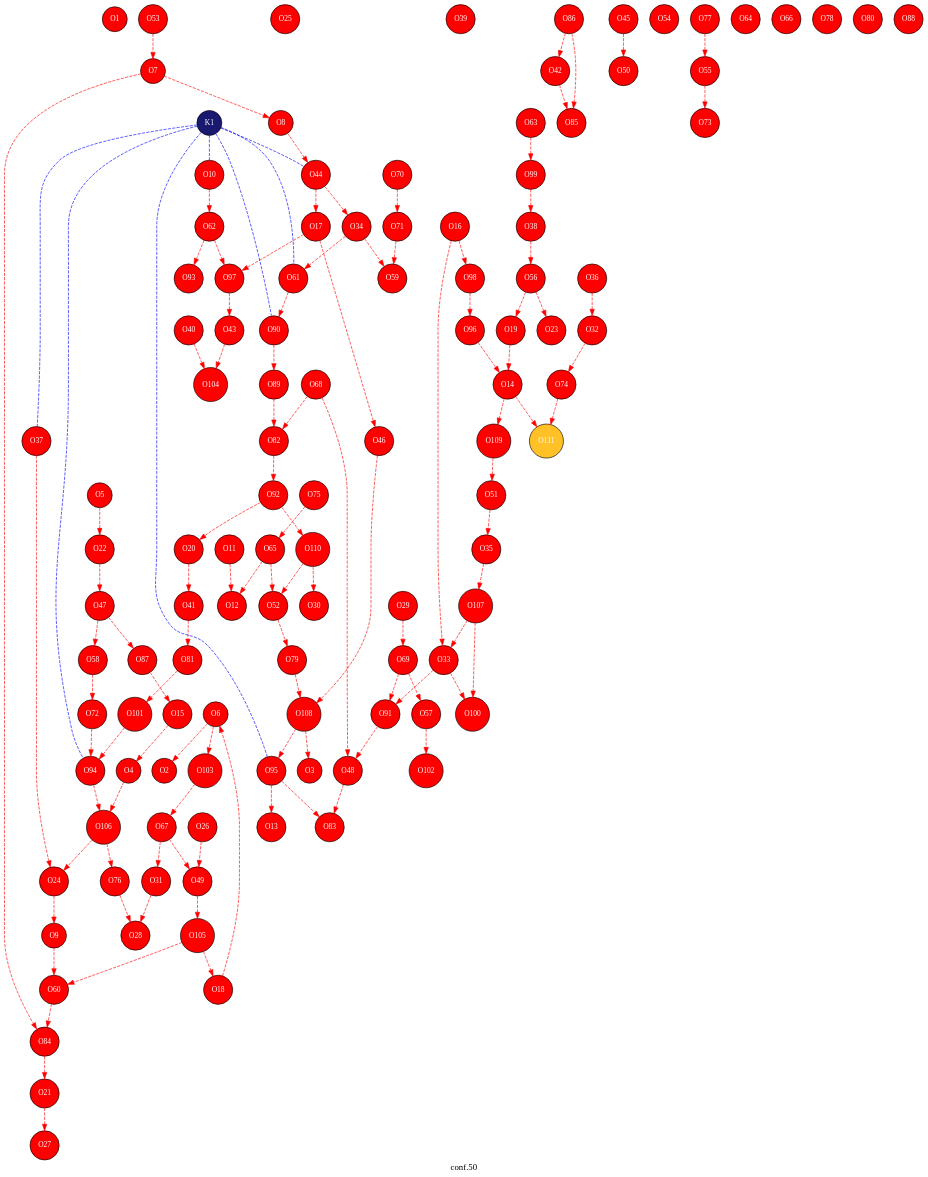
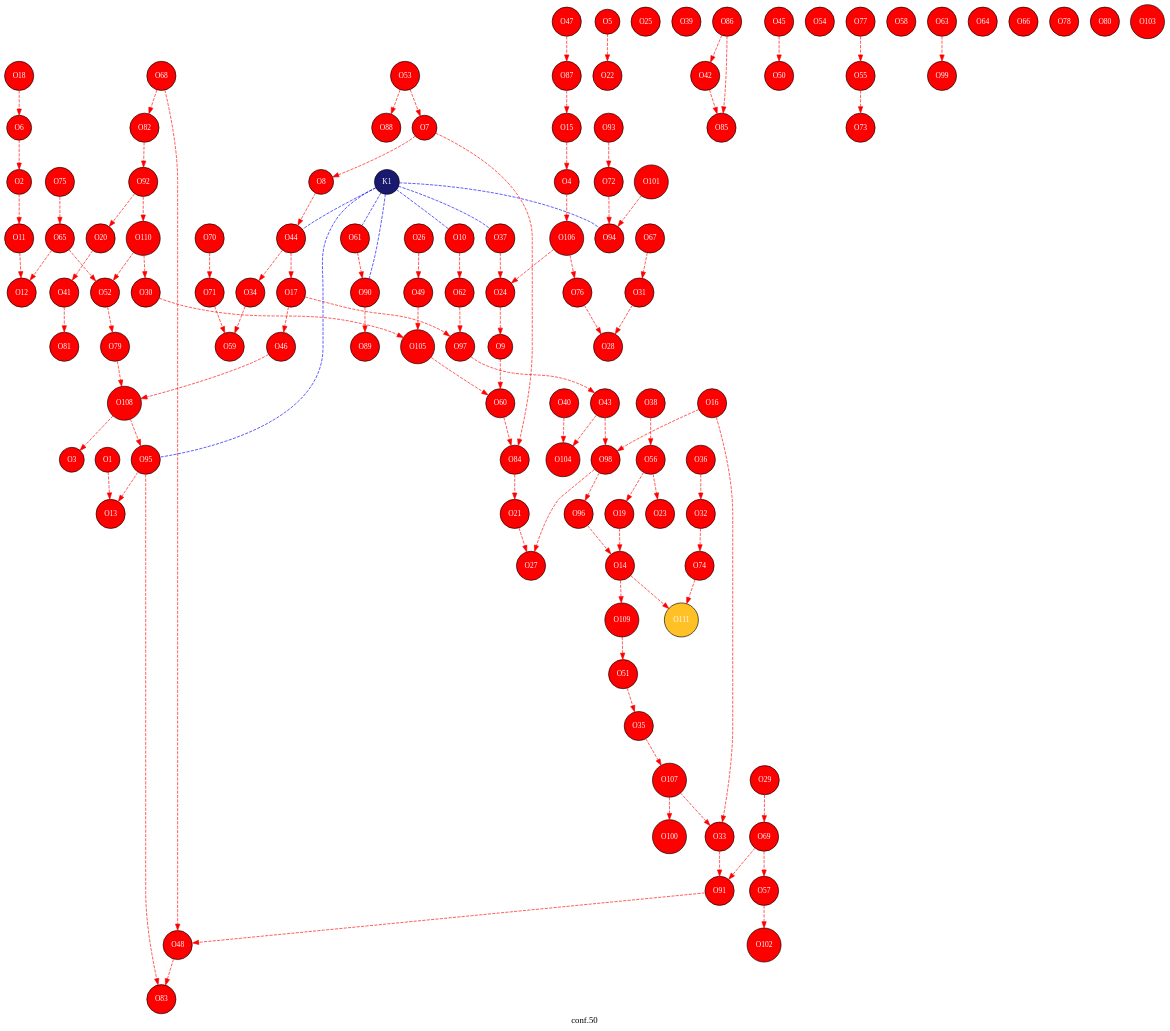
Before and after one commit to JelleLagerweij/check_sana: the diagram in traj2/traj2_conf.gv, drawn with Graphviz. The commit also changed 278 other files, not shown here.

Commit message:
differences figure added

```diff
--- a/traj2/traj2_conf.gv
+++ b/traj2/traj2_conf.gv
@@ -115,13 +115,14 @@
 "O110"[fillcolor=red, fontcolor=white, fontname="Times", label="O110"];
 "O111"[fillcolor=goldenrod1, fontcolor=white, fontname="Times", label="O111"];
 "K1"[fillcolor=midnightblue, fontcolor=white, fontname="Times", label="K1"];
+"O1"->"O13"[fontcolor=red, color=red , style=dashed];
 "O6"->"O2"[fontcolor=red, color=red , style=dashed];
+"O2"->"O11"[fontcolor=red, color=red , style=dashed];
 "O108"->"O3"[fontcolor=red, color=red , style=dashed];
 "O15"->"O4"[fontcolor=red, color=red , style=dashed];
 "O4"->"O106"[fontcolor=red, color=red , style=dashed];
 "O5"->"O22"[fontcolor=red, color=red , style=dashed];
 "O18"->"O6"[fontcolor=red, color=red , style=dashed];
-"O6"->"O103"[fontcolor=red, color=red , style=dashed];
 "O7"->"O8"[fontcolor=red, color=red , style=dashed];
 "O53"->"O7"[fontcolor=red, color=red , style=dashed];
 "O7"->"O84"[fontcolor=red, color=red , style=dashed];
@@ -142,83 +143,75 @@
 "O44"->"O17"[fontcolor=red, color=red , style=dashed];
 "O17"->"O46"[fontcolor=red, color=red , style=dashed];
 "O17"->"O97"[fontcolor=red, color=red , style=dashed];
-"O105"->"O18"[fontcolor=red, color=red , style=dashed];
 "O56"->"O19"[fontcolor=red, color=red , style=dashed];
 "O20"->"O41"[fontcolor=red, color=red , style=dashed];
 "O92"->"O20"[fontcolor=red, color=red , style=dashed];
 "O21"->"O27"[fontcolor=red, color=red , style=dashed];
 "O84"->"O21"[fontcolor=red, color=red , style=dashed];
-"O22"->"O47"[fontcolor=red, color=red , style=dashed];
 "O56"->"O23"[fontcolor=red, color=red , style=dashed];
 "O37"->"O24"[fontcolor=red, color=red , style=dashed];
 "O106"->"O24"[fontcolor=red, color=red , style=dashed];
 "O26"->"O49"[fontcolor=red, color=red , style=dashed];
+"O98"->"O27"[fontcolor=red, color=red , style=dashed];
 "O31"->"O28"[fontcolor=red, color=red , style=dashed];
 "O76"->"O28"[fontcolor=red, color=red , style=dashed];
 "O29"->"O69"[fontcolor=red, color=red , style=dashed];
+"O30"->"O105"[fontcolor=red, color=red , style=dashed];
 "O110"->"O30"[fontcolor=red, color=red , style=dashed];
 "O67"->"O31"[fontcolor=red, color=red , style=dashed];
 "O36"->"O32"[fontcolor=red, color=red , style=dashed];
 "O32"->"O74"[fontcolor=red, color=red , style=dashed];
 "O33"->"O91"[fontcolor=red, color=red , style=dashed];
-"O33"->"O100"[fontcolor=red, color=red , style=dashed];
 "O107"->"O33"[fontcolor=red, color=red , style=dashed];
 "O44"->"O34"[fontcolor=red, color=red , style=dashed];
 "O34"->"O59"[fontcolor=red, color=red , style=dashed];
-"O34"->"O61"[fontcolor=red, color=red , style=dashed];
 "O51"->"O35"[fontcolor=red, color=red , style=dashed];
 "O35"->"O107"[fontcolor=red, color=red , style=dashed];
 "O38"->"O56"[fontcolor=red, color=red , style=dashed];
-"O99"->"O38"[fontcolor=red, color=red , style=dashed];
 "O40"->"O104"[fontcolor=red, color=red , style=dashed];
 "O41"->"O81"[fontcolor=red, color=red , style=dashed];
 "O42"->"O85"[fontcolor=red, color=red , style=dashed];
 "O86"->"O42"[fontcolor=red, color=red , style=dashed];
 "O97"->"O43"[fontcolor=red, color=red , style=dashed];
+"O43"->"O98"[fontcolor=red, color=red , style=dashed];
 "O43"->"O104"[fontcolor=red, color=red , style=dashed];
 "O45"->"O50"[fontcolor=red, color=red , style=dashed];
 "O46"->"O108"[fontcolor=red, color=red , style=dashed];
-"O47"->"O58"[fontcolor=red, color=red , style=dashed];
 "O47"->"O87"[fontcolor=red, color=red , style=dashed];
 "O68"->"O48"[fontcolor=red, color=red , style=dashed];
 "O48"->"O83"[fontcolor=red, color=red , style=dashed];
 "O91"->"O48"[fontcolor=red, color=red , style=dashed];
-"O67"->"O49"[fontcolor=red, color=red , style=dashed];
 "O49"->"O105"[fontcolor=red, color=red , style=dashed];
 "O109"->"O51"[fontcolor=red, color=red , style=dashed];
 "O65"->"O52"[fontcolor=red, color=red , style=dashed];
 "O52"->"O79"[fontcolor=red, color=red , style=dashed];
 "O110"->"O52"[fontcolor=red, color=red , style=dashed];
+"O53"->"O88"[fontcolor=red, color=red , style=dashed];
 "O55"->"O73"[fontcolor=red, color=red , style=dashed];
 "O77"->"O55"[fontcolor=red, color=red , style=dashed];
 "O69"->"O57"[fontcolor=red, color=red , style=dashed];
 "O57"->"O102"[fontcolor=red, color=red , style=dashed];
-"O58"->"O72"[fontcolor=red, color=red , style=dashed];
 "O71"->"O59"[fontcolor=red, color=red , style=dashed];
 "O60"->"O84"[fontcolor=red, color=red , style=dashed];
 "O105"->"O60"[fontcolor=red, color=red , style=dashed];
 "O61"->"O90"[fontcolor=red, color=red , style=dashed];
-"O62"->"O93"[fontcolor=red, color=red , style=dashed];
 "O62"->"O97"[fontcolor=red, color=red , style=dashed];
 "O63"->"O99"[fontcolor=red, color=red , style=dashed];
 "O75"->"O65"[fontcolor=red, color=red , style=dashed];
-"O103"->"O67"[fontcolor=red, color=red , style=dashed];
 "O68"->"O82"[fontcolor=red, color=red , style=dashed];
 "O69"->"O91"[fontcolor=red, color=red , style=dashed];
 "O70"->"O71"[fontcolor=red, color=red , style=dashed];
+"O93"->"O72"[fontcolor=red, color=red , style=dashed];
 "O72"->"O94"[fontcolor=red, color=red , style=dashed];
 "O74"->"O111"[fontcolor=red, color=red , style=dashed];
 "O106"->"O76"[fontcolor=red, color=red , style=dashed];
 "O79"->"O108"[fontcolor=red, color=red , style=dashed];
-"O81"->"O101"[fontcolor=red, color=red , style=dashed];
-"O89"->"O82"[fontcolor=red, color=red , style=dashed];
 "O82"->"O92"[fontcolor=red, color=red , style=dashed];
 "O95"->"O83"[fontcolor=red, color=red , style=dashed];
 "O86"->"O85"[fontcolor=red, color=red , style=dashed];
 "O90"->"O89"[fontcolor=red, color=red , style=dashed];
 "O92"->"O110"[fontcolor=red, color=red , style=dashed];
 "O101"->"O94"[fontcolor=red, color=red , style=dashed];
-"O94"->"O106"[fontcolor=red, color=red , style=dashed];
 "O108"->"O95"[fontcolor=red, color=red , style=dashed];
 "O98"->"O96"[fontcolor=red, color=red , style=dashed];
 "O107"->"O100"[fontcolor=red, color=red , style=dashed];
```
